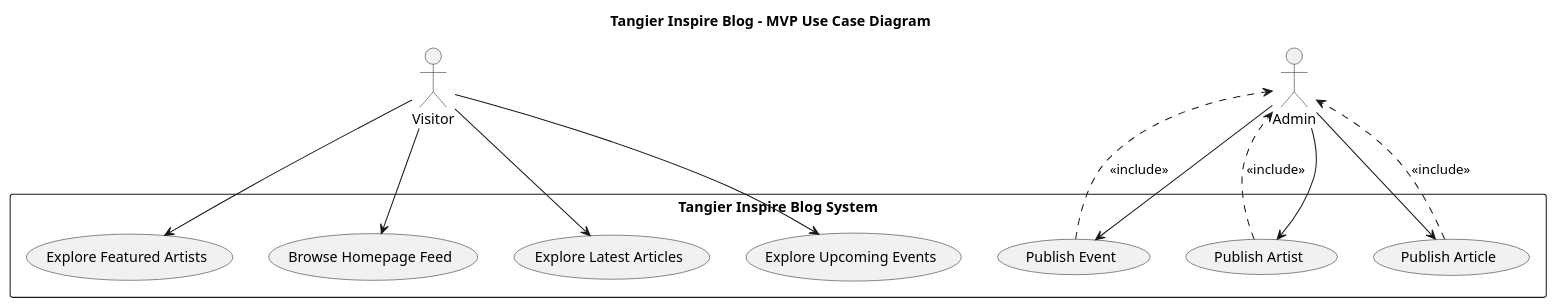
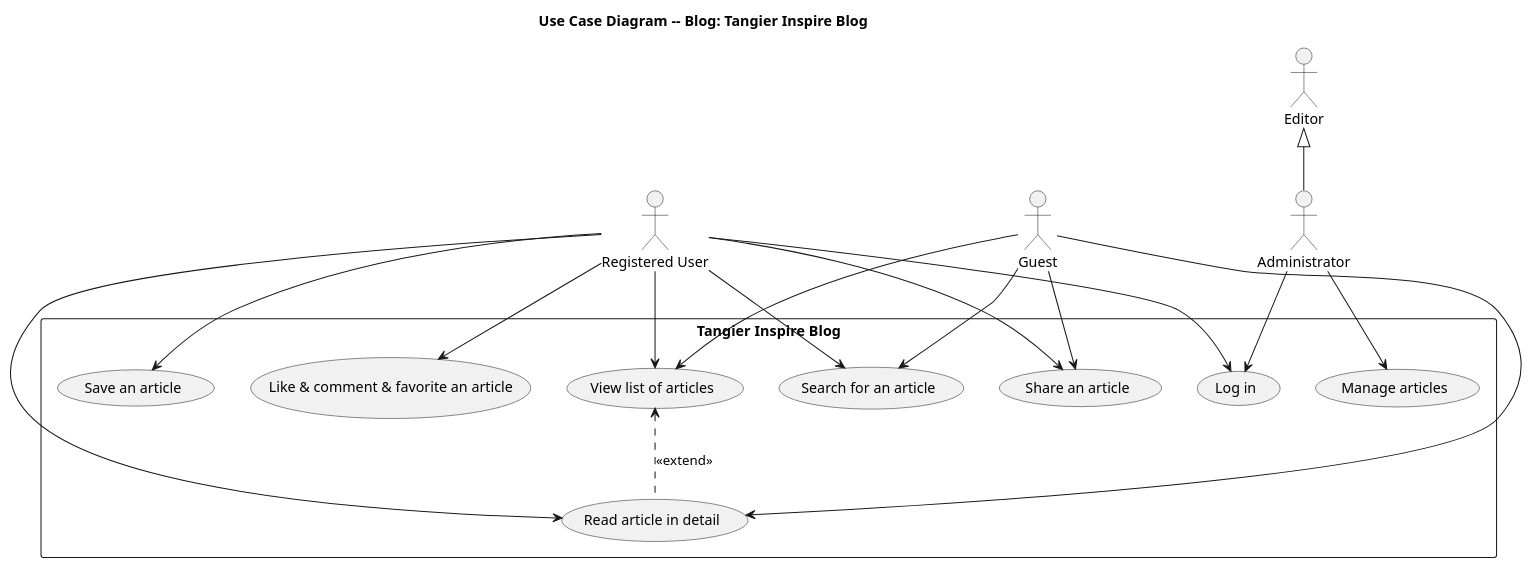
The diagram in Use case/diagram.puml (abdelhaymallouli/Blog--Tangier-Inspire-Blog), drawn with PlantUML before and after one commit. The commit also changed 43 other files, not shown here.

```diff
--- a/Use case/diagram.puml
+++ b/Use case/diagram.puml
@@ -1,35 +1,45 @@
 @startuml
-title Tangier Inspire Blog - MVP Use Case Diagram
+title Use Case Diagram -- Blog: Tangier Inspire Blog
 
-actor Visitor
-actor Admin
+actor "Guest" as Guest
+actor "Registered User" as User
+actor "Administrator" as Admin
+actor "Editor" as Editor
 
-rectangle "Tangier Inspire Blog System" {
+Editor <|-- Admin
 
-  ' Visitor detailed use case
-  usecase "Explore Latest Articles" as UC_Articles
-  usecase "Explore Upcoming Events" as UC_Events
-  usecase "Explore Featured Artists" as UC_Artists
-  usecase "Browse Homepage Feed" as UC_Homepage
-
-  Visitor --> UC_Homepage
-  Visitor --> UC_Articles
-  Visitor --> UC_Events
-  Visitor --> UC_Artists
-
-  ' Admin publishing use cases
-  usecase "Publish Article" as UC_PublishArticle
-  usecase "Publish Event" as UC_PublishEvent
-  usecase "Publish Artist" as UC_PublishArtist
-
-  Admin --> UC_PublishArticle
-  Admin --> UC_PublishEvent
-  Admin --> UC_PublishArtist
-
-  ' Shared functionality for Admin
-  UC_PublishArticle ..> Admin : <<include>>
-  UC_PublishEvent ..> Admin : <<include>>
-  UC_PublishArtist ..> Admin : <<include>>
+rectangle "Tangier Inspire Blog" {
+  
+  (Log in) as UC_Login
+  (View list of articles) as UC1
+  (Read article in detail) as UC2
+  (Search for an article) as UC3
+  (Save an article) as UC4
+  (Like & comment & favorite an article) as UC_Like
+  (Share an article) as UC5
+  (Manage articles) as UC6
 }
 
+' Guest interactions (unlogged)
+Guest --> UC1
+Guest --> UC2
+Guest --> UC3
+Guest --> UC5
+
+' Registered User interactions (logged-in)
+User --> UC_Login
+User --> UC1
+User --> UC2
+User --> UC3
+User --> UC4
+User --> UC_Like
+User --> UC5
+
+' Admin interactions
+Admin --> UC_Login
+Admin --> UC6
+
+' Extend relationship
+UC1 <.. UC2 : <<extend>>
+
 @enduml
```
